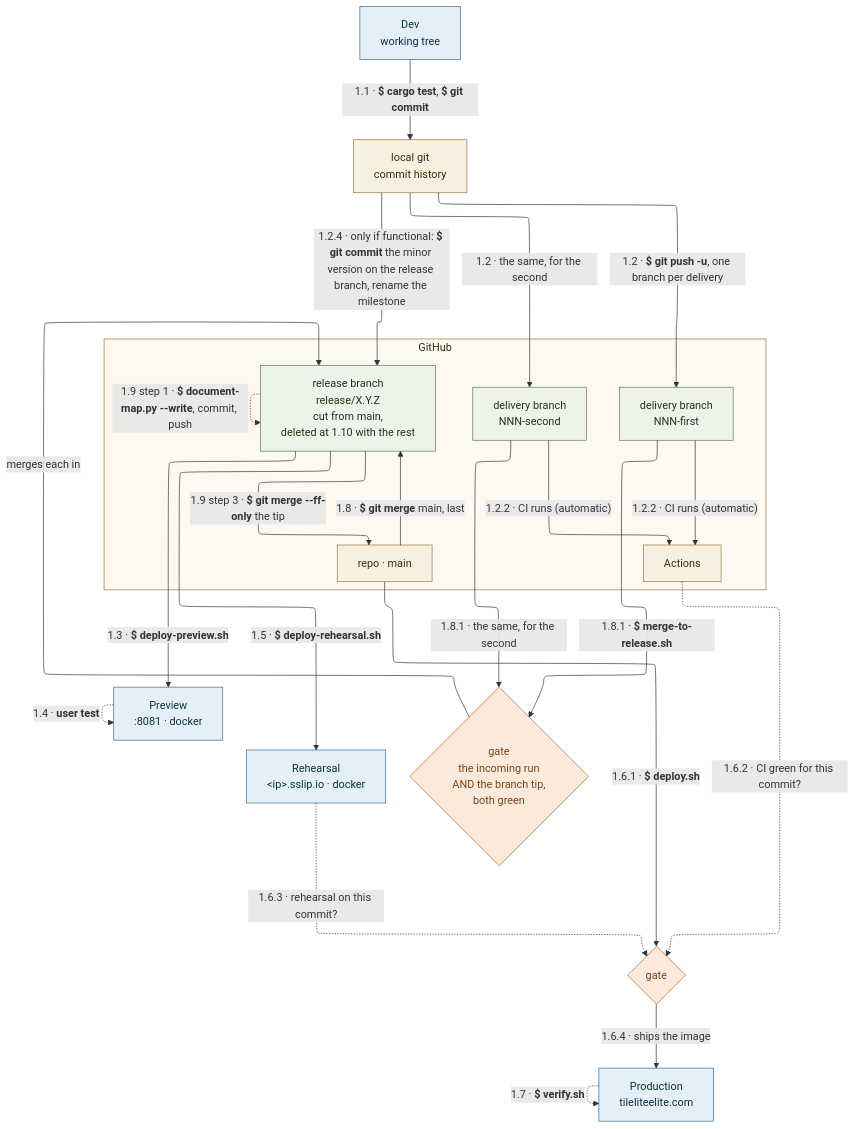
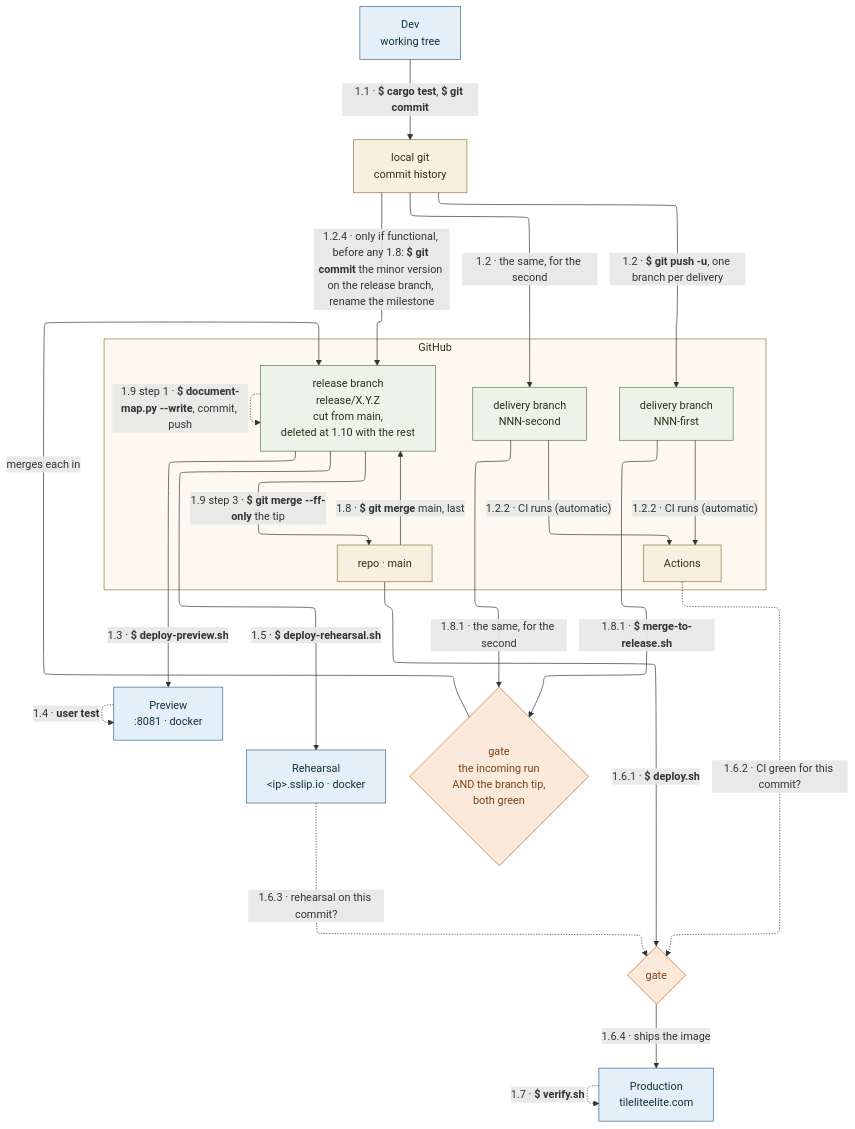
One commit to delphside/tile-lite-elite changed the diagram in docs/diagrams/flavour-d-multi-delivery-release.mmd. Above: the diagram before and after it, drawn with Mermaid. The commit also changed 2 other files, not shown here.

Commit message:
app 0.9.2 api 2.16: 4.3.3 Testing, CI and release, round 5 fixes
A release branch levels with 1.8 when --ff-only refuses; a functional
release branch runs 1.2.4 before any 1.8; an emergency's version follows
the highest prod tag.

Refs #441

Claude-Session: https://claude.ai/code/session_019ozRQv9Y2fBEFbYRFMibBh

```diff
--- a/docs/diagrams/flavour-d-multi-delivery-release.mmd
+++ b/docs/diagrams/flavour-d-multi-delivery-release.mmd
@@ -1,89 +1,90 @@
 ---
 config:
   layout: elk
   elk:
     nodePlacementStrategy: BRANDES_KOEPF
 ---
 flowchart TB
     %% Since D55 (#388) this is the EXCEPTION, not the default.
     %% A release branch is for a release that must stabilise while main
     %% moves on -- several projects proven as a set, or a release held
     %% while other work continues. A single proven delivery uses flavour
     %% C and fast-forwards main directly, because main accumulates.
     %% .
     %% The cost this avoids is 1.8: keeping a release branch current
     %% against a main that moves constantly with documentation and
     %% tooling changes.
     %% Flavour D — a release carrying several deliveries. docs/4.3.3, the
-    %% flavours table: 1.1 and 1.2 per delivery, then 1.8.1 to merge each in,
-    %% 1.8 to sync, 1.2.4 if functional, 1.9 step 1, then 1.3, 1.4, 1.5,
+    %% flavours table: 1.1 and 1.2 per delivery, 1.2.4 if functional (before
+    %% any 1.8), then 1.8.1 to merge each in, 1.8 to sync, 1.9 step 1, then
+    %% 1.3, 1.4, 1.5,
     %% 1.9 step 3, 1.6, 1.7, 1.10.
     %% .
     %% The only difference from C is where the gathering happens. One
     %% delivery fast-forwards main directly; several are gathered on a
     %% release branch first and the branch tip is what is proved. Everything
     %% from 1.3 onwards is identical to C.
     %% .
     %% 1.8.1 is a gate, not a merge command: merge-to-release.sh judges the
     %% incoming pull request's run AND the release branch's current tip, and
     %% a missing run refuses. What it reads is in its own label rather than
     %% drawn as an arrow from Actions: that edge pulled the gate down beside
     %% Actions, and its merge into the release branch then wrapped the whole
     %% diagram to climb back. That is the point of the flavour — each
     %% delivery joins a branch that is known green, rather than several
     %% arriving on main and being sorted out afterwards.
     %% .
     %% 1.8 syncs with main LAST, immediately before rehearsing, so anything
     %% that landed on main while the release was being gathered is in what
     %% gets proved.
     %% .
     %% Two delivery branches are drawn because two is what makes the flavour
     %% different from C. Three or more add nothing to the picture.
     %% .
     %% Cutting the branch and deleting it (1.10) are in the release
     %% branch's own label rather than drawn as arrows from main. Both are
     %% housekeeping at the ends of the flavour, and as edges they wrapped the
     %% whole diagram to reach a node that already sits below main.
     DEV["Dev<br/>working tree"]
     LG["local git<br/>commit history"]
     subgraph GH["GitHub"]
         MAIN["repo · main"]
         ACT["Actions"]
         BR1["delivery branch<br/>NNN-first"]
         BR2["delivery branch<br/>NNN-second"]
         REL["release branch<br/>release/X.Y.Z<br/>cut from main,<br/>deleted at 1.10 with the rest"]
     end
     STG["Preview<br/>:8081 · docker"]
     REH["Rehearsal<br/>&lt;ip&gt;.sslip.io · docker"]
     PROD["Production<br/>tileliteelite.com"]
 
     DEV -->|"`1.1 · **$ cargo test**, **$ git commit**`"| LG
     LG -->|"`1.2 · **$ git push -u**, one branch per delivery`"| BR1
     LG -->|"1.2 · the same, for the second"| BR2
     BR1 -->|"1.2.2 · CI runs (automatic)"| ACT
     BR2 -->|"1.2.2 · CI runs (automatic)"| ACT
     BR1 -->|"`1.8.1 · **$ merge-to-release.sh**`"| MG{"gate<br/>the incoming run<br/>AND the branch tip,<br/>both green"}
     BR2 -->|"`1.8.1 · the same, for the second`"| MG
     MG -->|"merges each in"| REL
     MAIN -->|"`1.8 · **$ git merge** main, last`"| REL
-    LG -->|"`1.2.4 · only if functional: **$ git commit** the minor version on the release branch, rename the milestone`"| REL
+    LG -->|"`1.2.4 · only if functional, before any 1.8: **$ git commit** the minor version on the release branch, rename the milestone`"| REL
     REL -.->|"`1.9 step 1 · **$ document-map.py --write**, commit, push`"| REL
     REL -->|"`1.3 · **$ deploy-preview.sh**`"| STG
     STG -.->|"`1.4 · **user test**`"| STG
     REL -->|"`1.5 · **$ deploy-rehearsal.sh**`"| REH
     REL -->|"`1.9 step 3 · **$ git merge --ff-only** the tip`"| MAIN
     MAIN -->|"`1.6.1 · **$ deploy.sh**`"| GATE{"gate"}
     ACT -.->|"1.6.2 · CI green for this commit?"| GATE
     REH -.->|"1.6.3 · rehearsal on this commit?"| GATE
     GATE -->|"1.6.4 · ships the image"| PROD
     PROD -.->|"`1.7 · **$ verify.sh**`"| PROD
 
     classDef gate fill:#fbe9dc,stroke:#b06a2c,color:#7a4318
     classDef env fill:#e4eff8,stroke:#39698c,color:#12303f
     classDef repo fill:#f7efe0,stroke:#96763f,color:#3a2c12
     classDef branch fill:#eef3ea,stroke:#5c7a4a,color:#243418
     class DEV,STG,REH,PROD env
     class LG,MAIN,ACT repo
     class BR1,BR2,REL branch
     class MG,GATE gate
     style GH fill:#fdf9f1,stroke:#96763f,color:#3a2c12
```
